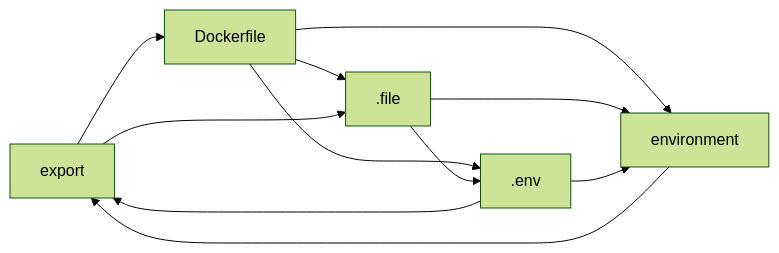
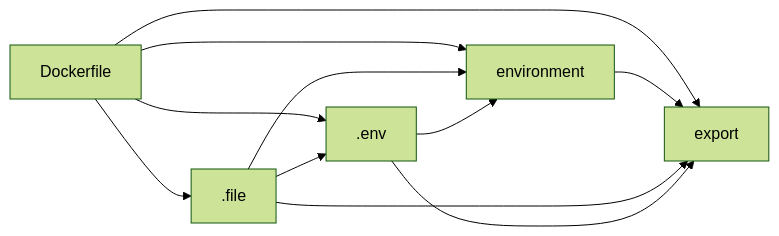
The second of 2 diagrams in propagation/result.md (askirmas/arg-env), drawn with Mermaid (forest theme) before and after one commit. The commit also changed other lines of this file and 3 other files, not shown here.

Commit message:
Update propagated to valid info and calculated diagram

````diff
--- a/propagation/result.md
+++ b/propagation/result.md
@@ -57,19 +30,19 @@
 ```mermaid
 flowchart LR
 EXPORT["export"]
 ROOT[".env"]
 INLINE["environment"]
 INTERNAL_1[".file"]
 DOCKER["Dockerfile"]
 
-EXPORT --> DOCKER
+DOCKER --> EXPORT
 DOCKER --> INLINE
 DOCKER --> INTERNAL_1
 DOCKER --> ROOT
 INLINE --> EXPORT
-EXPORT --> INTERNAL_1
+INTERNAL_1 --> EXPORT
 ROOT --> EXPORT
 INTERNAL_1 --> INLINE
 ROOT --> INLINE
 INTERNAL_1 --> ROOT
 ```
````
